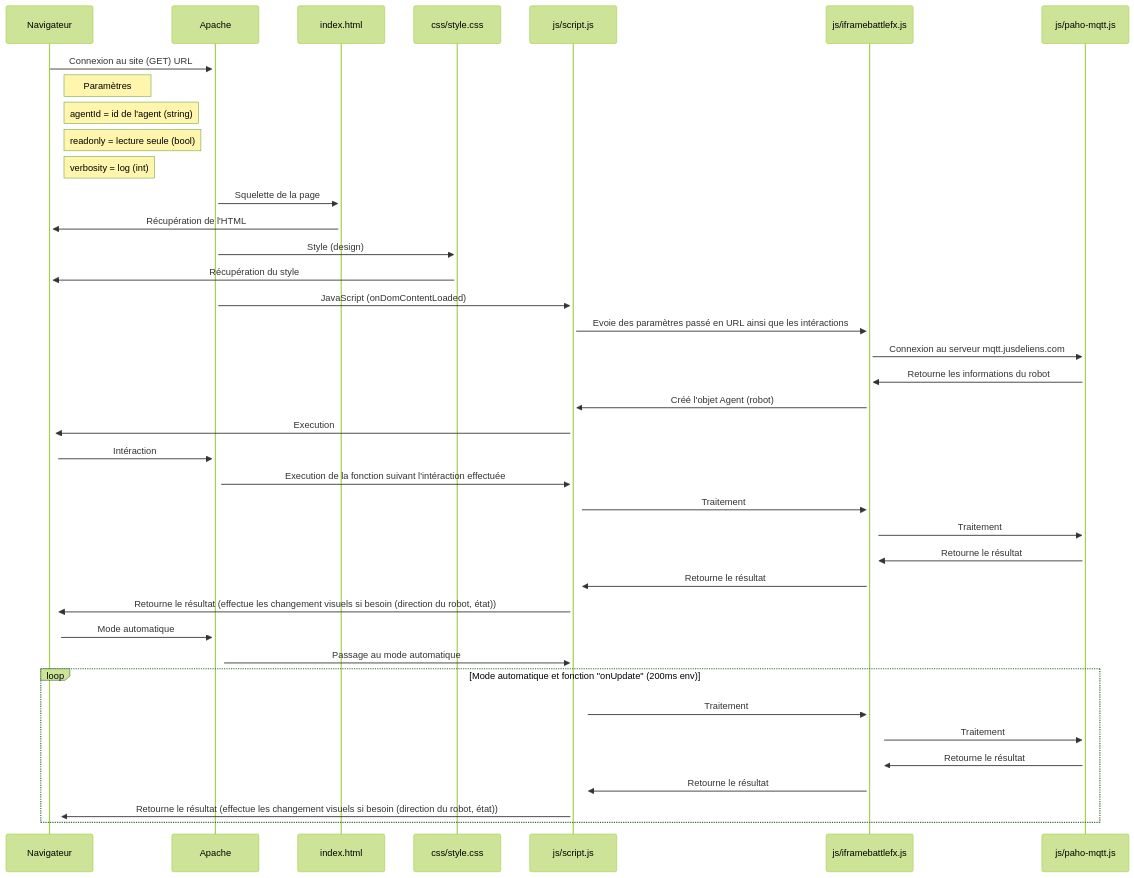
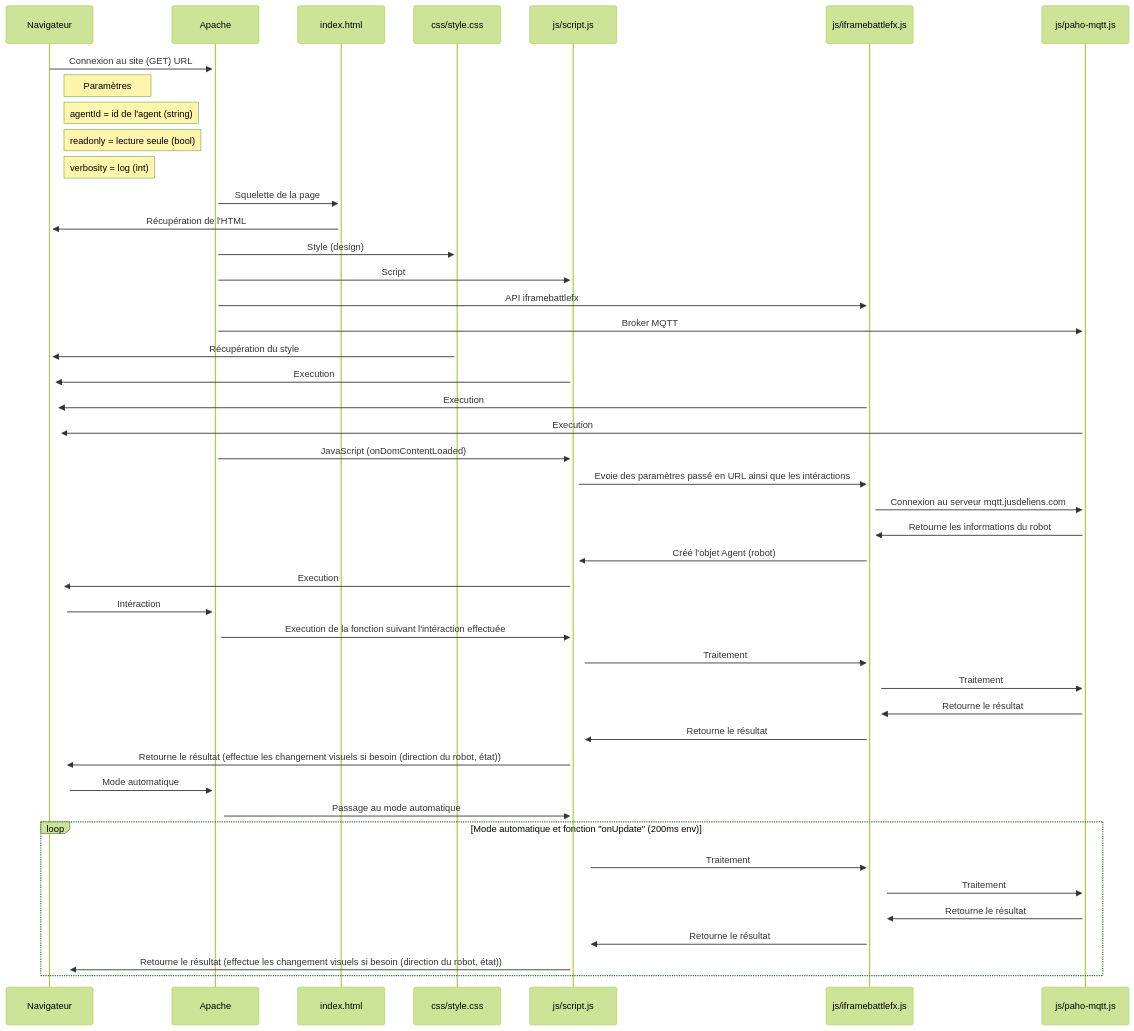
One commit to MaloCoccyx/IframeBattlefX changed the diagram in README.md. Above: the diagram before and after it, drawn with Mermaid (forest theme).

````diff
--- a/README.md
+++ b/README.md
@@ -54,36 +54,43 @@
 ```mermaid
 sequenceDiagram
     Navigateur->>+Apache: Connexion au site (GET) URL
     Note right of Navigateur: Paramètres
     Note right of Navigateur: agentId = id de l'agent (string)
     Note right of Navigateur: readonly = lecture seule (bool)
     Note right of Navigateur: verbosity = log (int)
 
+
     Apache->>+index.html: Squelette de la page
     index.html->>+Navigateur: Récupération de l'HTML
     Apache->>+css/style.css: Style (design)
+    Apache->>+js/script.js: Script
+    Apache->>+js/iframebattlefx.js:API iframebattlefx
+    Apache->>+js/paho-mqtt.js: Broker MQTT
     css/style.css->>+Navigateur: Récupération du style
+    js/script.js->>+Navigateur: Execution
+    js/iframebattlefx.js->>+Navigateur: Execution
+    js/paho-mqtt.js->>+Navigateur: Execution
     
     Apache->>+js/script.js: JavaScript (onDomContentLoaded)
     js/script.js->>+js/iframebattlefx.js: Evoie des paramètres passé en URL ainsi que les intéractions
     js/iframebattlefx.js->>+js/paho-mqtt.js: Connexion au serveur mqtt.jusdeliens.com
     js/paho-mqtt.js->>+js/iframebattlefx.js: Retourne les informations du robot 
     js/iframebattlefx.js->>+js/script.js: Créé l'objet Agent (robot)
     js/script.js->>+Navigateur: Execution
     Navigateur->>+Apache: Intéraction
     Apache->>+js/script.js: Execution de la fonction suivant l'intéraction effectuée
     js/script.js->>+js/iframebattlefx.js: Traitement
     js/iframebattlefx.js->>+js/paho-mqtt.js: Traitement
     js/paho-mqtt.js->>+js/iframebattlefx.js: Retourne le résultat
     js/iframebattlefx.js->>+js/script.js: Retourne le résultat
     js/script.js->>+Navigateur: Retourne le résultat (effectue les changement visuels si besoin (direction du robot, état))
     Navigateur->>+Apache: Mode automatique
     Apache->>+js/script.js: Passage au mode automatique
     loop Mode automatique et fonction "onUpdate" (200ms env)
         js/script.js->>+js/iframebattlefx.js: Traitement
         js/iframebattlefx.js->>+js/paho-mqtt.js: Traitement
         js/paho-mqtt.js->>+js/iframebattlefx.js: Retourne le résultat
         js/iframebattlefx.js->>+js/script.js: Retourne le résultat
         js/script.js->>+Navigateur: Retourne le résultat (effectue les changement visuels si besoin (direction du robot, état))
     end
 ```
````
